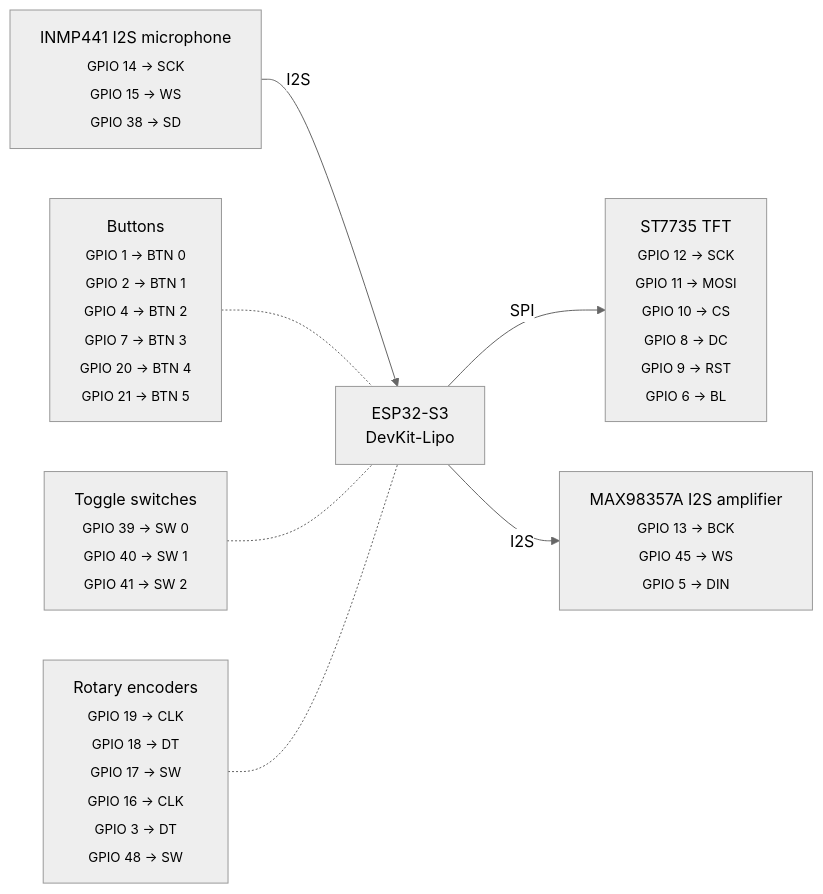
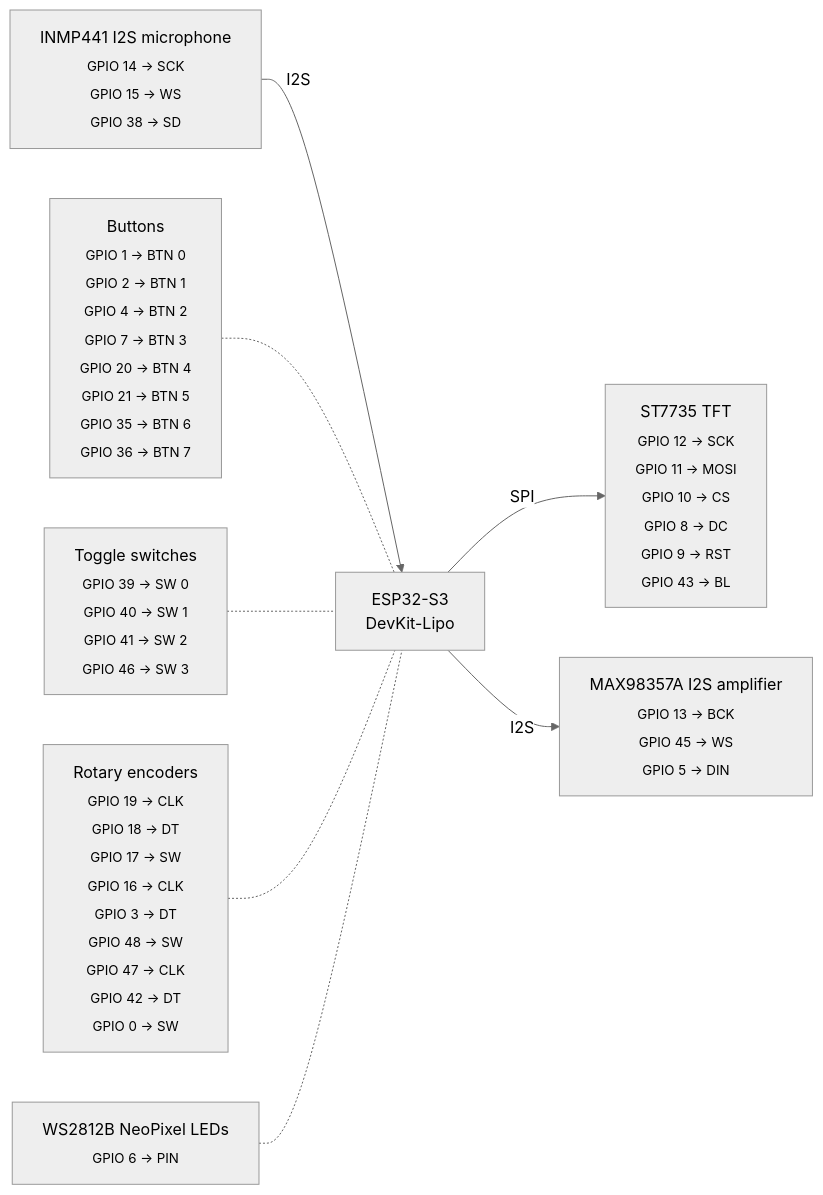
Before and after one commit to mandakan/bodn-esp32: the diagram in docs/wiring.md, drawn with Mermaid (neutral theme). The commit also changed other lines of this file and 7 other files, not shown here.

First line of the commit message:
Expand hardware to 8 buttons, 3 encoders, 4 toggles, 16 NeoPixel LEDs

````diff
--- a/docs/wiring.md
+++ b/docs/wiring.md
@@ -8,23 +8,26 @@
 ```mermaid
 graph LR
     ESP["ESP32-S3<br/>DevKit-Lipo"]
 
-    ST7735TFT["ST7735 TFT<br/><sub>GPIO 12 → SCK<br/>GPIO 11 → MOSI<br/>GPIO 10 → CS<br/>GPIO 8 → DC<br/>GPIO 9 → RST<br/>GPIO 6 → BL</sub>"]
+    ST7735TFT["ST7735 TFT<br/><sub>GPIO 12 → SCK<br/>GPIO 11 → MOSI<br/>GPIO 10 → CS<br/>GPIO 8 → DC<br/>GPIO 9 → RST<br/>GPIO 43 → BL</sub>"]
     ESP -- SPI --> ST7735TFT
 
     INMP441I2Smicrophone["INMP441 I2S microphone<br/><sub>GPIO 14 → SCK<br/>GPIO 15 → WS<br/>GPIO 38 → SD</sub>"]
     INMP441I2Smicrophone -- I2S --> ESP
 
     MAX98357AI2Samplifier["MAX98357A I2S amplifier<br/><sub>GPIO 13 → BCK<br/>GPIO 45 → WS<br/>GPIO 5 → DIN</sub>"]
     ESP -- I2S --> MAX98357AI2Samplifier
 
-    Buttons["Buttons<br/><sub>GPIO 1 → BTN 0<br/>GPIO 2 → BTN 1<br/>GPIO 4 → BTN 2<br/>GPIO 7 → BTN 3<br/>GPIO 20 → BTN 4<br/>GPIO 21 → BTN 5</sub>"]
+    Buttons["Buttons<br/><sub>GPIO 1 → BTN 0<br/>GPIO 2 → BTN 1<br/>GPIO 4 → BTN 2<br/>GPIO 7 → BTN 3<br/>GPIO 20 → BTN 4<br/>GPIO 21 → BTN 5<br/>GPIO 35 → BTN 6<br/>GPIO 36 → BTN 7</sub>"]
     Buttons -.- ESP
 
-    Toggleswitches["Toggle switches<br/><sub>GPIO 39 → SW 0<br/>GPIO 40 → SW 1<br/>GPIO 41 → SW 2</sub>"]
+    Toggleswitches["Toggle switches<br/><sub>GPIO 39 → SW 0<br/>GPIO 40 → SW 1<br/>GPIO 41 → SW 2<br/>GPIO 46 → SW 3</sub>"]
     Toggleswitches -.- ESP
 
-    Rotaryencoders["Rotary encoders<br/><sub>GPIO 19 → CLK<br/>GPIO 18 → DT<br/>GPIO 17 → SW<br/>GPIO 16 → CLK<br/>GPIO 3 → DT<br/>GPIO 48 → SW</sub>"]
+    Rotaryencoders["Rotary encoders<br/><sub>GPIO 19 → CLK<br/>GPIO 18 → DT<br/>GPIO 17 → SW<br/>GPIO 16 → CLK<br/>GPIO 3 → DT<br/>GPIO 48 → SW<br/>GPIO 47 → CLK<br/>GPIO 42 → DT<br/>GPIO 0 → SW</sub>"]
     Rotaryencoders -.- ESP
 
+    WS2812BNeoPixelLEDs["WS2812B NeoPixel LEDs<br/><sub>GPIO 6 → PIN</sub>"]
+    WS2812BNeoPixelLEDs -.- ESP
+
 ```
````
